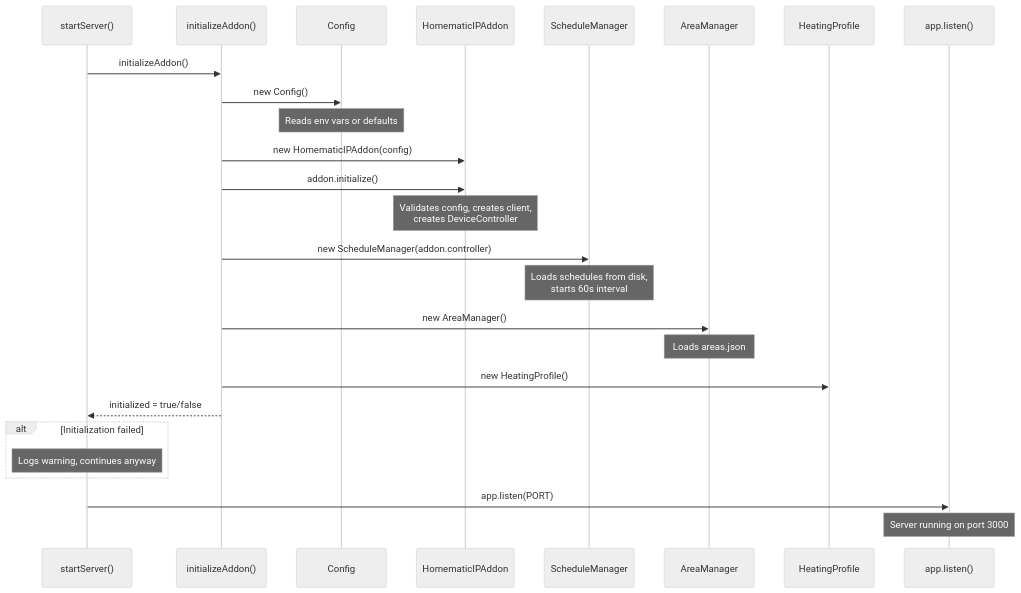
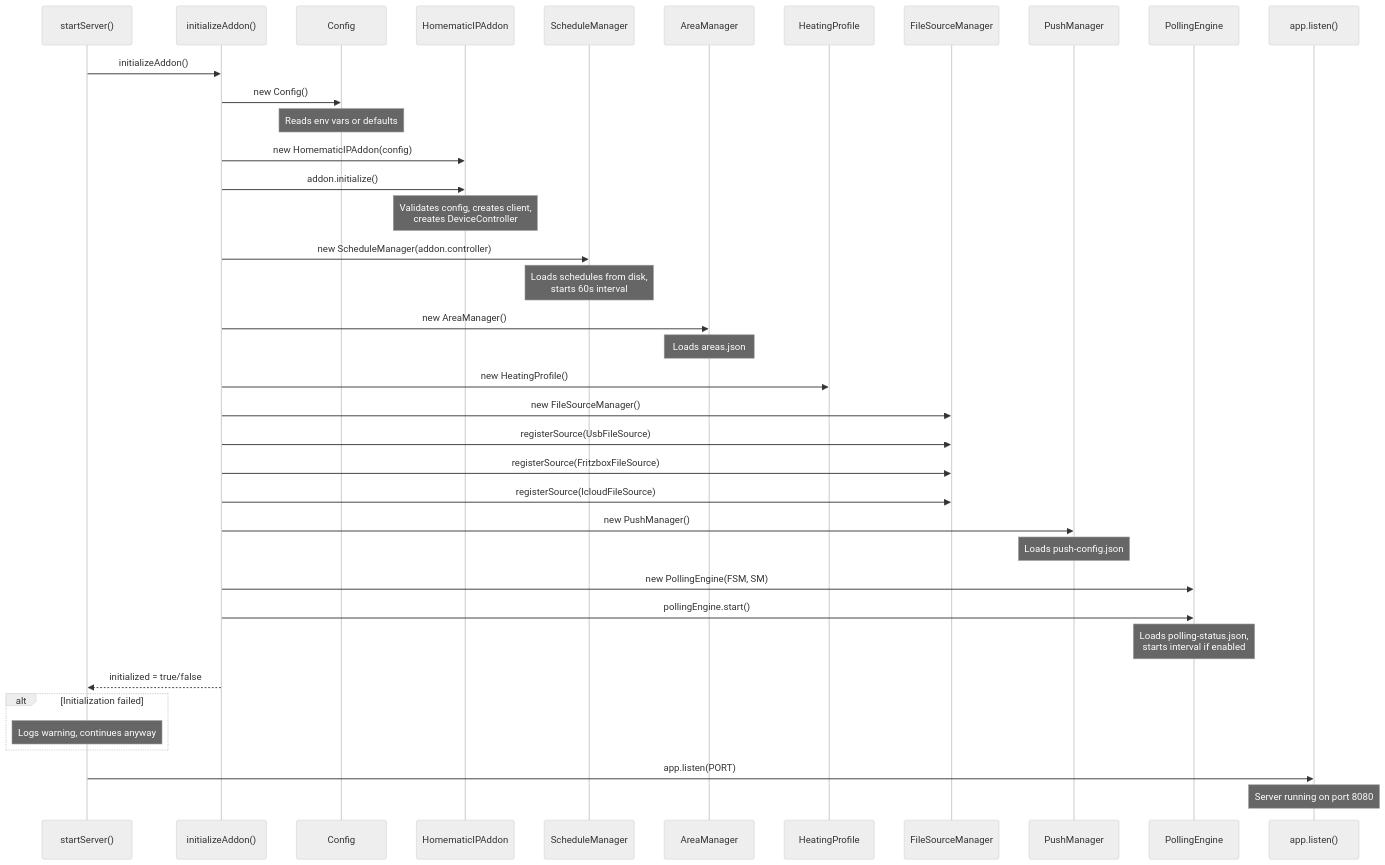
Before and after one commit to rore78/homematicHeatingWithNumbersFile: the tenth of 10 diagrams in docs/data-flow.md, drawn with Mermaid (neutral theme). The commit also changed other lines of this file and 72 other files, not shown here.

````diff
--- a/docs/data-flow.md
+++ b/docs/data-flow.md
@@ -229,31 +426,47 @@
 ```mermaid
 sequenceDiagram
     participant Main as startServer()
     participant Init as initializeAddon()
     participant Config as Config
     participant Addon as HomematicIPAddon
     participant SM as ScheduleManager
     participant AM as AreaManager
     participant HP as HeatingProfile
+    participant FSM as FileSourceManager
+    participant PM as PushManager
+    participant PE as PollingEngine
     participant Express as app.listen()
 
     Main->>Init: initializeAddon()
     Init->>Config: new Config()
     Note over Config: Reads env vars or defaults
     Init->>Addon: new HomematicIPAddon(config)
     Init->>Addon: addon.initialize()
     Note over Addon: Validates config, creates client,<br/>creates DeviceController
     Init->>SM: new ScheduleManager(addon.controller)
     Note over SM: Loads schedules from disk,<br/>starts 60s interval
     Init->>AM: new AreaManager()
     Note over AM: Loads areas.json
     Init->>HP: new HeatingProfile()
+
+    Init->>FSM: new FileSourceManager()
+    Init->>FSM: registerSource(UsbFileSource)
+    Init->>FSM: registerSource(FritzboxFileSource)
+    Init->>FSM: registerSource(IcloudFileSource)
+
+    Init->>PM: new PushManager()
+    Note over PM: Loads push-config.json
+
+    Init->>PE: new PollingEngine(FSM, SM)
+    Init->>PE: pollingEngine.start()
+    Note over PE: Loads polling-status.json,<br/>starts interval if enabled
+
     Init-->>Main: initialized = true/false
 
     alt Initialization failed
         Note over Main: Logs warning, continues anyway
     end
 
     Main->>Express: app.listen(PORT)
-    Note over Express: Server running on port 3000
+    Note over Express: Server running on port 8080
 ```
````
